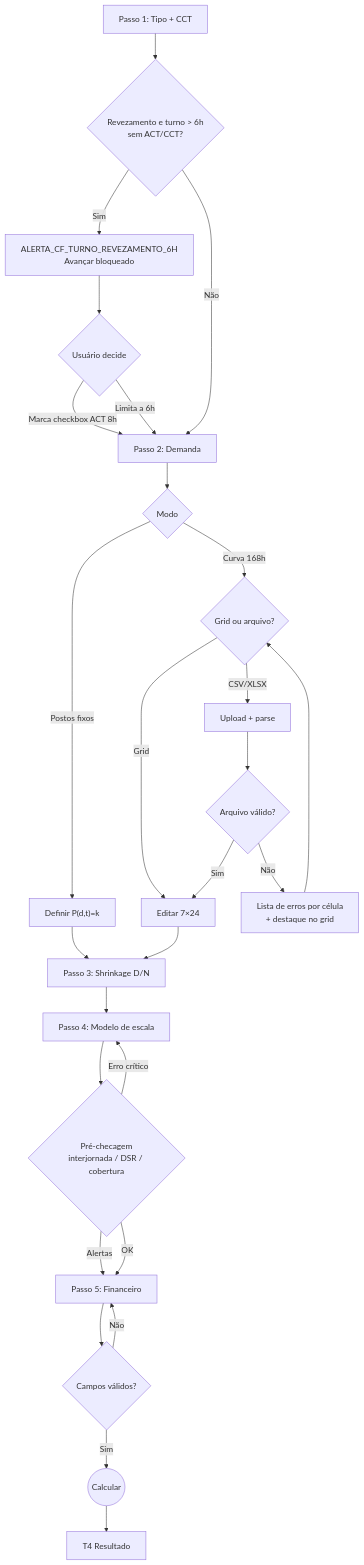
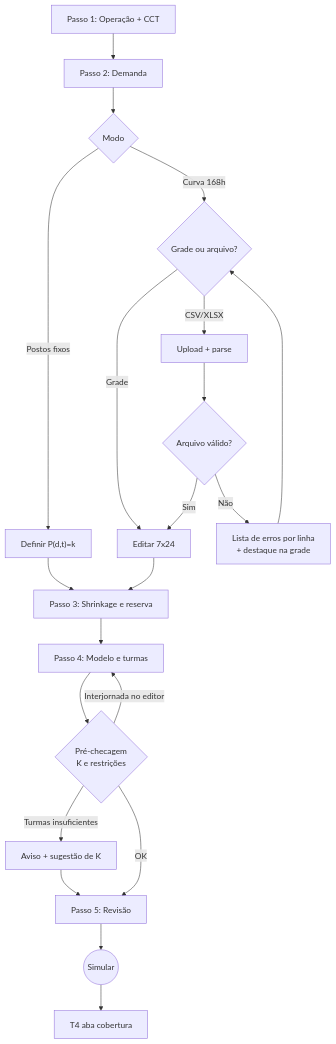
The second of 7 diagrams in docs/simulador-escalas/03-fluxo-do-app.md (thgterto/Ferramentas-Web), drawn with Mermaid before and after one commit. The commit also changed other lines of this file and 6 other files, not shown here.

First line of the commit message:
docs: revisão cruzada com foco em cobertura operacional

````diff
--- a/docs/simulador-escalas/03-fluxo-do-app.md
+++ b/docs/simulador-escalas/03-fluxo-do-app.md
@@ -144,27 +124,20 @@
 ```mermaid
 flowchart TD
-    S1["Passo 1: Tipo + CCT"] --> V1{"Revezamento e turno > 6h<br/>sem ACT/CCT?"}
-    V1 -- Sim --> A1["ALERTA_CF_TURNO_REVEZAMENTO_6H<br/>Avançar bloqueado"]
-    A1 --> D1{"Usuário decide"}
-    D1 -- "Marca checkbox ACT 8h" --> S2
-    D1 -- "Limita a 6h" --> S2
-    V1 -- Não --> S2["Passo 2: Demanda"]
+    S1["Passo 1: Operação + CCT"] --> S2["Passo 2: Demanda"]
     S2 --> M{"Modo"}
     M -- "Postos fixos" --> PF["Definir P(d,t)=k"]
-    M -- "Curva 168h" --> CV{"Grid ou arquivo?"}
-    CV -- Grid --> GR["Editar 7×24"]
+    M -- "Curva 168h" --> CV{"Grade ou arquivo?"}
+    CV -- Grade --> GR["Editar 7x24"]
     CV -- "CSV/XLSX" --> UP["Upload + parse"]
     UP --> VU{"Arquivo válido?"}
-    VU -- Não --> EU["Lista de erros por célula<br/>+ destaque no grid"] --> CV
+    VU -- Não --> EU["Lista de erros por linha<br/>+ destaque na grade"] --> CV
     VU -- Sim --> GR
     PF --> S3
-    GR --> S3["Passo 3: Shrinkage D/N"]
-    S3 --> S4["Passo 4: Modelo de escala"]
-    S4 --> V4{"Pré-checagem<br/>interjornada / DSR / cobertura"}
-    V4 -- "Erro crítico" --> S4
-    V4 -- "Alertas" --> S5
-    V4 -- OK --> S5["Passo 5: Financeiro"]
-    S5 --> V5{"Campos válidos?"}
-    V5 -- Não --> S5
-    V5 -- Sim --> C(("Calcular")) --> R["T4 Resultado"]
+    GR --> S3["Passo 3: Shrinkage e reserva"]
+    S3 --> S4["Passo 4: Modelo e turmas"]
+    S4 --> V4{"Pré-checagem<br/>K e restrições"}
+    V4 -- "Interjornada no editor" --> S4
+    V4 -- "Turmas insuficientes" --> AV["Aviso + sugestão de K"] --> S5
+    V4 -- OK --> S5["Passo 5: Revisão"]
+    S5 --> C(("Simular")) --> R["T4 aba cobertura"]
 ```
````
